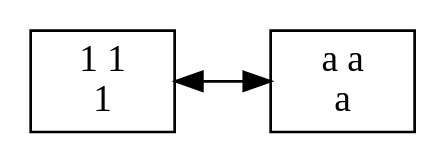
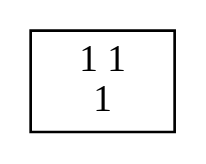
The diagram in EDD_Proyecto1_Fase1/Lista doble/lista.dot (Barahona1602/Sistema-de-Archivos), drawn with Graphviz before and after one commit. The commit also changed 10 other files, not shown here.

```diff
--- a/EDD_Proyecto1_Fase1/Lista doble/lista.dot
+++ b/EDD_Proyecto1_Fase1/Lista doble/lista.dot
@@ -1,9 +1,6 @@
 digraph G {
   node [shape=box];
   rankdir=LR;
   1 [label="1 1
 1"];
-  a [label="a a
-a"];
-  1 -> a [dir=both];
 }
```
